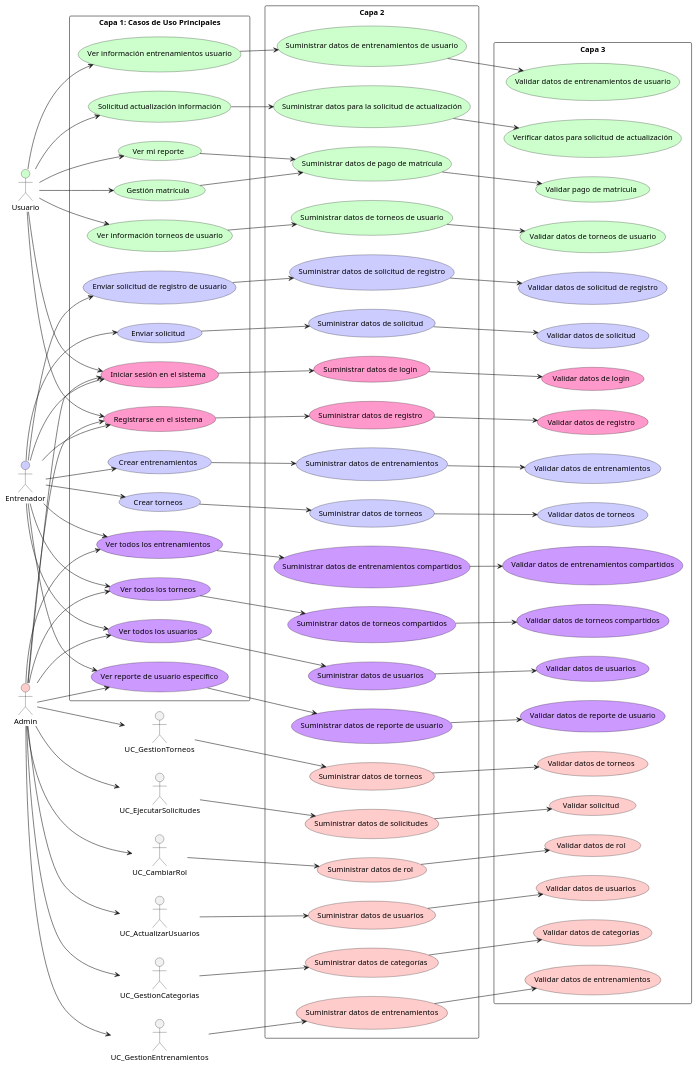
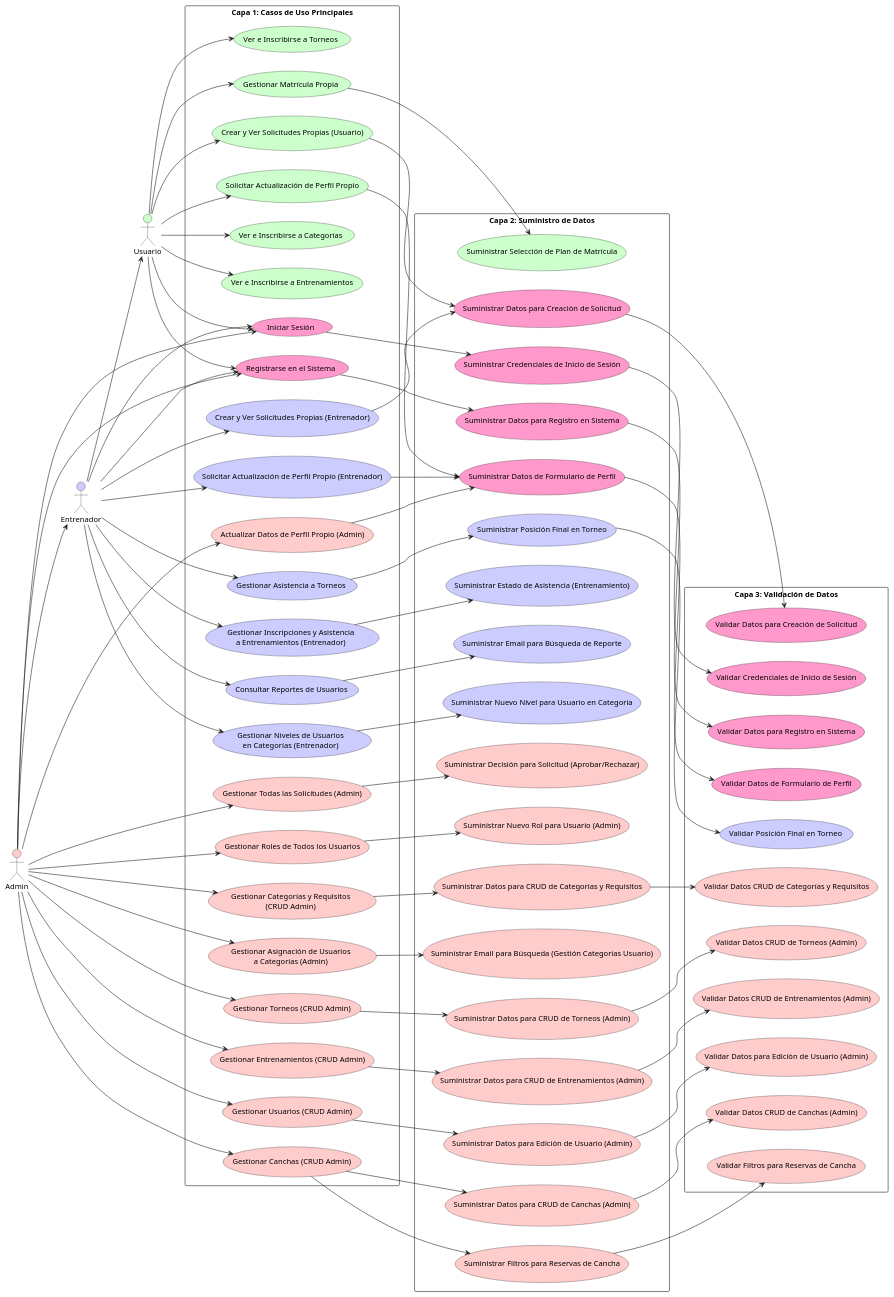
One commit to EstebanForero/uml_diagrams changed the diagram in use_cases.plantuml. Above: the diagram before and after it, drawn with PlantUML. The commit also changed 117 other files, not shown here.

Commit message:
updated diagrams

```diff
--- a/use_cases.plantuml
+++ b/use_cases.plantuml
@@ -1,6 +1,7 @@
 @startuml
 left to right direction
 skinparam packageStyle rectangle
+skinparam defaultTextAlignment center
 
 ' Actors
 actor "Usuario" as actorUsuario #CCFFCC
@@ -10,195 +11,181 @@
 ' Capa 1: Casos de Uso Principales
 package "Capa 1: Casos de Uso Principales" as capa1 {
 
-  ' Usuario-specific use cases (green)
-  usecase "Ver mi reporte" as UC_VerMiReporte #CCFFCC
-  usecase "Gestión matrícula" as UC_GestionMatricula #CCFFCC
-  usecase "Ver información torneos de usuario" as UC_VerInfoTorneosUsuario #CCFFCC
-  usecase "Ver información entrenamientos usuario" as UC_VerInfoEntrenamientosUsuario #CCFFCC
-  usecase "Solicitud actualización información" as UC_SolicitudActualizarInfo #CCFFCC
+  ' Usuario-specific use cases (green #CCFFCC)
+  usecase "Solicitar Actualización de Perfil Propio" as UC_SolicitarActPerfilUsuario #CCFFCC
+  usecase "Gestionar Matrícula Propia" as UC_GestionarMatriculaUsuario #CCFFCC
+  usecase "Crear y Ver Solicitudes Propias (Usuario)" as UC_GestionarSolicitudesUsuario #CCFFCC
+  usecase "Ver e Inscribirse a Torneos" as UC_VerInscribirseTorneosUsuario #CCFFCC
+  usecase "Ver e Inscribirse a Categorías" as UC_VerInscribirseCategoriasUsuario #CCFFCC
+  usecase "Ver e Inscribirse a Entrenamientos" as UC_VerInscribirseEntrenamientosUsuario #CCFFCC
 
-  ' Entrenador-specific use cases (blue)
-  usecase "Crear entrenamientos" as UC_CrearEntrenamientos #CCCCFF
-  usecase "Crear torneos" as UC_CrearTorneos #CCCCFF
-  usecase "Enviar solicitud de registro de usuario" as UC_SolicitudRegistroUsuario #CCCCFF
-  usecase "Enviar solicitud" as UC_EnviarSolicitud #CCCCFF
+  ' Entrenador-specific use cases (blue #CCCCFF)
+  usecase "Solicitar Actualización de Perfil Propio (Entrenador)" as UC_SolicitarActPerfilEntrenador #CCCCFF
+  usecase "Crear y Ver Solicitudes Propias (Entrenador)" as UC_GestionarSolicitudesEntrenador #CCCCFF
+  usecase "Gestionar Asistencia a Torneos" as UC_GestionarAsistenciaTorneosEntrenador #CCCCFF
+  usecase "Gestionar Inscripciones y Asistencia\na Entrenamientos (Entrenador)" as UC_GestionarAsistenciaEntrenamientosEntrenador #CCCCFF
+  usecase "Consultar Reportes de Usuarios" as UC_ConsultarReportesUsuariosEntrenador #CCCCFF
+  usecase "Gestionar Niveles de Usuarios\nen Categorías (Entrenador)" as UC_GestionarNivelesCategoriasEntrenador #CCCCFF
 
-  ' Shared use cases for all (pink)
-  usecase "Iniciar sesión en el sistema" as UC_Login #FF99CC
-  usecase "Registrarse en el sistema" as UC_Registro #FF99CC
+  ' Admin-specific use cases (red #FFCCCC)
+  usecase "Actualizar Datos de Perfil Propio (Admin)" as UC_ActualizarPerfilAdmin #FFCCCC
+  usecase "Gestionar Todas las Solicitudes (Admin)" as UC_GestionarSolicitudesAdmin #FFCCCC
+  usecase "Gestionar Roles de Todos los Usuarios" as UC_GestionarRolesUsuariosAdmin #FFCCCC
+  usecase "Gestionar Categorías y Requisitos\n(CRUD Admin)" as UC_GestionarCategoriasCRUDAdmin #FFCCCC
+  usecase "Gestionar Asignación de Usuarios\na Categorías (Admin)" as UC_GestionarAsignacionCategoriasAdmin #FFCCCC
+  usecase "Gestionar Torneos (CRUD Admin)" as UC_GestionarTorneosCRUDAdmin #FFCCCC
+  usecase "Gestionar Entrenamientos (CRUD Admin)" as UC_GestionarEntrenamientosCRUDAdmin #FFCCCC
+  usecase "Gestionar Usuarios (CRUD Admin)" as UC_GestionarUsuariosCRUDAdmin #FFCCCC
+  usecase "Gestionar Canchas (CRUD Admin)" as UC_GestionarCanchasCRUDAdmin #FFCCCC
 
-  ' Shared use cases for Admin/Entrenador (light purple)
-  usecase "Ver todos los entrenamientos" as UC_VerTodosEntrenamientos #CC99FF
-  usecase "Ver todos los torneos" as UC_VerTodosTorneos #CC99FF
-  usecase "Ver todos los usuarios" as UC_VerTodosUsuarios #CC99FF
-  usecase "Ver reporte de usuario específico" as UC_VerReporteUsuarioEspecifico #CC99FF
+  ' Shared use cases for all (pink #FF99CC)
+  usecase "Iniciar Sesión" as UC_IniciarSesion #FF99CC
+  usecase "Registrarse en el Sistema" as UC_RegistrarseSistema #FF99CC
 }
 
 ' Capa 2: Suministro de Datos
-package "Capa 2" as capa2 {
+package "Capa 2: Suministro de Datos" as capa2 {
 
-  ' Usuario-specific (green)
-  usecase "Suministrar datos de pago de matrícula" as UC_SuministrarPagoMatricula #CCFFCC
-  usecase "Suministrar datos de torneos de usuario" as UC_SuministrarInfoTorneosUsuario #CCFFCC
-  usecase "Suministrar datos de entrenamientos de usuario" as UC_SuministrarInfoEntrenamientosUsuario #CCFFCC
-  usecase "Suministrar datos para la solicitud de actualización" as UC_SuministrarSolicitudActualizarInfo #CCFFCC
+  ' Usuario (green #CCFFCC)
+  usecase "Suministrar Selección de Plan de Matrícula" as UC_SuministrarPlanMatricula #CCFFCC
 
-  ' Admin-specific (red)
-  usecase "Suministrar datos de torneos" as UC_SuministrarDatosTorneos #FFCCCC
-  usecase "Suministrar datos de solicitudes" as UC_SuministrarSolicitudes #FFCCCC
-  usecase "Suministrar datos de rol" as UC_SuministrarDatosRol #FFCCCC
-  usecase "Suministrar datos de usuarios" as UC_SuministrarDatosUsuarios #FFCCCC
-  usecase "Suministrar datos de categorías" as UC_SuministrarDatosCategorias #FFCCCC
-  usecase "Suministrar datos de entrenamientos" as UC_SuministrarDatosEntrenamientos #FFCCCC
+  ' Entrenador (blue #CCCCFF)
+  usecase "Suministrar Posición Final en Torneo" as UC_SuministrarPosicionTorneo #CCCCFF
+  usecase "Suministrar Estado de Asistencia (Entrenamiento)" as UC_SuministrarEstadoAsistenciaEntrenamiento #CCCCFF
+  usecase "Suministrar Email para Búsqueda de Reporte" as UC_SuministrarEmailReporte #CCCCFF
+  usecase "Suministrar Nuevo Nivel para Usuario en Categoría" as UC_SuministrarNuevoNivelCategoria #CCCCFF
 
-  ' Entrenador-specific (blue)
-  usecase "Suministrar datos de entrenamientos" as UC_SuministrarDatosEntrenamientosEntrenador #CCCCFF
-  usecase "Suministrar datos de torneos" as UC_SuministrarDatosTorneosEntrenador #CCCCFF
-  usecase "Suministrar datos de solicitud de registro" as UC_SuministrarSolicitudRegistroUsuario #CCCCFF
-  usecase "Suministrar datos de solicitud" as UC_SuministrarDatosSolicitud #CCCCFF
+  ' Admin (red #FFCCCC)
+  usecase "Suministrar Decisión para Solicitud (Aprobar/Rechazar)" as UC_SuministrarDecisionSolicitud #FFCCCC
+  usecase "Suministrar Nuevo Rol para Usuario (Admin)" as UC_SuministrarNuevoRolAdmin #FFCCCC
+  usecase "Suministrar Datos para CRUD de Categorías y Requisitos" as UC_SuministrarDatosCategoriasAdmin #FFCCCC
+  usecase "Suministrar Email para Búsqueda (Gestión Categorías Usuario)" as UC_SuministrarEmailGestionCatUsuarioAdmin #FFCCCC
+  usecase "Suministrar Datos para CRUD de Torneos (Admin)" as UC_SuministrarDatosTorneosAdmin #FFCCCC
+  usecase "Suministrar Datos para CRUD de Entrenamientos (Admin)" as UC_SuministrarDatosEntrenamientosAdmin #FFCCCC
+  usecase "Suministrar Datos para Edición de Usuario (Admin)" as UC_SuministrarDatosEdicionUsuarioAdmin #FFCCCC
+  usecase "Suministrar Datos para CRUD de Canchas (Admin)" as UC_SuministrarDatosCanchasAdmin #FFCCCC
+  usecase "Suministrar Filtros para Reservas de Cancha" as UC_SuministrarFiltrosReservasAdmin #FFCCCC
 
-  ' Shared for all (pink)
-  usecase "Suministrar datos de login" as UC_SuministrarLogin #FF99CC
-  usecase "Suministrar datos de registro" as UC_SuministrarRegistro #FF99CC
+  ' Shared for Profile forms & Request creation (pink #FF99CC)
+  usecase "Suministrar Datos de Formulario de Perfil" as UC_SuministrarDatosFormPerfil #FF99CC
+  usecase "Suministrar Datos para Creación de Solicitud" as UC_SuministrarDatosFormSolicitud #FF99CC
 
-  ' Shared for Admin/Entrenador (light purple)
-  usecase "Suministrar datos de entrenamientos compartidos" as UC_SuministrarDatosEntrenamientosShared #CC99FF
-  usecase "Suministrar datos de torneos compartidos" as UC_SuministrarDatosTorneosShared #CC99FF
-  usecase "Suministrar datos de usuarios" as UC_SuministrarDatosUsuariosShared #CC99FF
-  usecase "Suministrar datos de reporte de usuario" as UC_SuministrarReporteUsuario #CC99FF
+  ' Shared for Auth forms (pink #FF99CC)
+  usecase "Suministrar Credenciales de Inicio de Sesión" as UC_SuministrarCredencialesLogin #FF99CC
+  usecase "Suministrar Datos para Registro en Sistema" as UC_SuministrarDatosRegistro #FF99CC
 }
 
-' Capa 3: Validación
-package "Capa 3" as capa3 {
+' Capa 3: Validación de Datos
+package "Capa 3: Validación de Datos" as capa3 {
 
-  ' Usuario-specific (green)
-  usecase "Validar pago de matrícula" as UC_ValidarPagoMatricula #CCFFCC
-  usecase "Validar datos de torneos de usuario" as UC_ValidarInfoTorneosUsuario #CCFFCC
-  usecase "Validar datos de entrenamientos de usuario" as UC_ValidarInfoEntrenamientosUsuario #CCFFCC
-  usecase "Verificar datos para solicitud de actualización" as UC_VerificarSolicitudActualizarInfo #CCFFCC
+  ' Entrenador (blue #CCCCFF)
+  usecase "Validar Posición Final en Torneo" as UC_ValidarPosicionTorneo #CCCCFF
 
-  ' Admin-specific (red)
-  usecase "Validar datos de torneos" as UC_ValidarDatosTorneos #FFCCCC
-  usecase "Validar solicitud" as UC_ValidarSolicitudes #FFCCCC
-  usecase "Validar datos de rol" as UC_ValidarDatosRol #FFCCCC
-  usecase "Validar datos de usuarios" as UC_ValidarDatosUsuarios #FFCCCC
-  usecase "Validar datos de categorías" as UC_ValidarDatosCategorias #FFCCCC
-  usecase "Validar datos de entrenamientos" as UC_ValidarDatosEntrenamientos #FFCCCC
+  ' Admin (red #FFCCCC)
+  usecase "Validar Datos CRUD de Categorías y Requisitos" as UC_ValidarDatosCategoriasAdmin #FFCCCC
+  usecase "Validar Datos CRUD de Torneos (Admin)" as UC_ValidarDatosTorneosAdmin #FFCCCC
+  usecase "Validar Datos CRUD de Entrenamientos (Admin)" as UC_ValidarDatosEntrenamientosAdmin #FFCCCC
+  usecase "Validar Datos para Edición de Usuario (Admin)" as UC_ValidarDatosEdicionUsuarioAdmin #FFCCCC
+  usecase "Validar Datos CRUD de Canchas (Admin)" as UC_ValidarDatosCanchasAdmin #FFCCCC
+  usecase "Validar Filtros para Reservas de Cancha" as UC_ValidarFiltrosReservasAdmin #FFCCCC
 
-  ' Entrenador-specific (blue)
-  usecase "Validar datos de entrenamientos" as UC_ValidarDatosEntrenamientosEntrenador #CCCCFF
-  usecase "Validar datos de torneos" as UC_ValidarDatosTorneosEntrenador #CCCCFF
-  usecase "Validar datos de solicitud de registro" as UC_ValidarSolicitudRegistroUsuario #CCCCFF
-  usecase "Validar datos de solicitud" as UC_ValidarDatosSolicitud #CCCCFF
+  ' Shared for Profile forms & Request creation (pink #FF99CC)
+  usecase "Validar Datos de Formulario de Perfil" as UC_ValidarDatosFormPerfil #FF99CC
+  usecase "Validar Datos para Creación de Solicitud" as UC_ValidarDatosFormSolicitud #FF99CC
 
-  ' Shared for all (pink)
-  usecase "Validar datos de login" as UC_ValidarLogin #FF99CC
-  usecase "Validar datos de registro" as UC_ValidarRegistro #FF99CC
-
-  ' Shared for Admin/Entrenador (light purple)
-  usecase "Validar datos de entrenamientos compartidos" as UC_ValidarDatosEntrenamientosShared #CC99FF
-  usecase "Validar datos de torneos compartidos" as UC_ValidarDatosTorneosShared #CC99FF
-  usecase "Validar datos de usuarios" as UC_ValidarDatosUsuariosShared #CC99FF
-  usecase "Validar datos de reporte de usuario" as UC_ValidarReporteUsuario #CC99FF
+  ' Shared for Auth forms (pink #FF99CC)
+  usecase "Validar Credenciales de Inicio de Sesión" as UC_ValidarCredencialesLogin #FF99CC
+  usecase "Validar Datos para Registro en Sistema" as UC_ValidarDatosRegistro #FF99CC
 }
 
-' Connections from Capa 1 to Capa 2
+' --- Actor Connections to Capa 1 ---
+actorUsuario --> UC_SolicitarActPerfilUsuario
+actorUsuario --> UC_GestionarMatriculaUsuario
+actorUsuario --> UC_GestionarSolicitudesUsuario
+actorUsuario --> UC_VerInscribirseTorneosUsuario
+actorUsuario --> UC_VerInscribirseCategoriasUsuario
+actorUsuario --> UC_VerInscribirseEntrenamientosUsuario
+actorUsuario --> UC_IniciarSesion
+actorUsuario --> UC_RegistrarseSistema
+
+actorEntrenador --> UC_SolicitarActPerfilEntrenador
+actorEntrenador --> UC_GestionarSolicitudesEntrenador
+actorEntrenador --> UC_GestionarAsistenciaTorneosEntrenador
+actorEntrenador --> UC_GestionarAsistenciaEntrenamientosEntrenador
+actorEntrenador --> UC_ConsultarReportesUsuariosEntrenador
+actorEntrenador --> UC_GestionarNivelesCategoriasEntrenador
+actorEntrenador --> UC_IniciarSesion
+actorEntrenador --> UC_RegistrarseSistema
+
+actorAdmin --> UC_ActualizarPerfilAdmin
+actorAdmin --> UC_GestionarSolicitudesAdmin
+actorAdmin --> UC_GestionarRolesUsuariosAdmin
+actorAdmin --> UC_GestionarCategoriasCRUDAdmin
+actorAdmin --> UC_GestionarAsignacionCategoriasAdmin
+actorAdmin --> UC_GestionarTorneosCRUDAdmin
+actorAdmin --> UC_GestionarEntrenamientosCRUDAdmin
+actorAdmin --> UC_GestionarUsuariosCRUDAdmin
+actorAdmin --> UC_GestionarCanchasCRUDAdmin
+actorAdmin --> UC_IniciarSesion
+actorAdmin --> UC_RegistrarseSistema
+
+actorAdmin --> actorEntrenador
+actorEntrenador --> actorUsuario
+
+' --- Connections from Capa 1 to Capa 2 ---
+' Profile related
+UC_SolicitarActPerfilUsuario --> UC_SuministrarDatosFormPerfil
+UC_SolicitarActPerfilEntrenador --> UC_SuministrarDatosFormPerfil
+UC_ActualizarPerfilAdmin --> UC_SuministrarDatosFormPerfil
+
+' Request creation related
+UC_GestionarSolicitudesUsuario --> UC_SuministrarDatosFormSolicitud
+UC_GestionarSolicitudesEntrenador --> UC_SuministrarDatosFormSolicitud
+
 ' Usuario
-UC_VerMiReporte --> UC_SuministrarPagoMatricula
-UC_GestionMatricula --> UC_SuministrarPagoMatricula
-UC_VerInfoTorneosUsuario --> UC_SuministrarInfoTorneosUsuario
-UC_VerInfoEntrenamientosUsuario --> UC_SuministrarInfoEntrenamientosUsuario
-UC_SolicitudActualizarInfo --> UC_SuministrarSolicitudActualizarInfo
+UC_GestionarMatriculaUsuario --> UC_SuministrarPlanMatricula
+
+' Entrenador
+UC_GestionarAsistenciaTorneosEntrenador --> UC_SuministrarPosicionTorneo
+UC_GestionarAsistenciaEntrenamientosEntrenador --> UC_SuministrarEstadoAsistenciaEntrenamiento
+UC_ConsultarReportesUsuariosEntrenador --> UC_SuministrarEmailReporte
+UC_GestionarNivelesCategoriasEntrenador --> UC_SuministrarNuevoNivelCategoria
 
 ' Admin
-UC_GestionTorneos --> UC_SuministrarDatosTorneos
-UC_EjecutarSolicitudes --> UC_SuministrarSolicitudes
-UC_CambiarRol --> UC_SuministrarDatosRol
-UC_ActualizarUsuarios --> UC_SuministrarDatosUsuarios
-UC_GestionCategorias --> UC_SuministrarDatosCategorias
-UC_GestionEntrenamientos --> UC_SuministrarDatosEntrenamientos
+UC_GestionarSolicitudesAdmin --> UC_SuministrarDecisionSolicitud
+UC_GestionarRolesUsuariosAdmin --> UC_SuministrarNuevoRolAdmin
+UC_GestionarCategoriasCRUDAdmin --> UC_SuministrarDatosCategoriasAdmin
+UC_GestionarAsignacionCategoriasAdmin --> UC_SuministrarEmailGestionCatUsuarioAdmin
+UC_GestionarTorneosCRUDAdmin --> UC_SuministrarDatosTorneosAdmin
+UC_GestionarEntrenamientosCRUDAdmin --> UC_SuministrarDatosEntrenamientosAdmin
+UC_GestionarUsuariosCRUDAdmin --> UC_SuministrarDatosEdicionUsuarioAdmin
+UC_GestionarCanchasCRUDAdmin --> UC_SuministrarDatosCanchasAdmin
+UC_GestionarCanchasCRUDAdmin --> UC_SuministrarFiltrosReservasAdmin
+
+' Shared Auth
+UC_IniciarSesion --> UC_SuministrarCredencialesLogin
+UC_RegistrarseSistema --> UC_SuministrarDatosRegistro
+
+' --- Connections from Capa 2 to Capa 3 ---
+' Profile related
+UC_SuministrarDatosFormPerfil --> UC_ValidarDatosFormPerfil
+
+' Request creation related
+UC_SuministrarDatosFormSolicitud --> UC_ValidarDatosFormSolicitud
 
 ' Entrenador
-UC_CrearEntrenamientos --> UC_SuministrarDatosEntrenamientosEntrenador
-UC_CrearTorneos --> UC_SuministrarDatosTorneosEntrenador
-UC_SolicitudRegistroUsuario --> UC_SuministrarSolicitudRegistroUsuario
-UC_EnviarSolicitud --> UC_SuministrarDatosSolicitud
-
-' Shared for all (pink)
-UC_Login --> UC_SuministrarLogin
-UC_Registro --> UC_SuministrarRegistro
-
-' Shared for Admin/Entrenador (light purple)
-UC_VerTodosEntrenamientos --> UC_SuministrarDatosEntrenamientosShared
-UC_VerTodosTorneos --> UC_SuministrarDatosTorneosShared
-UC_VerTodosUsuarios --> UC_SuministrarDatosUsuariosShared
-UC_VerReporteUsuarioEspecifico --> UC_SuministrarReporteUsuario
-
-' Connections from Capa 2 to Capa 3
-' Usuario
-UC_SuministrarPagoMatricula --> UC_ValidarPagoMatricula
-UC_SuministrarInfoTorneosUsuario --> UC_ValidarInfoTorneosUsuario
-UC_SuministrarInfoEntrenamientosUsuario --> UC_ValidarInfoEntrenamientosUsuario
-UC_SuministrarSolicitudActualizarInfo --> UC_VerificarSolicitudActualizarInfo
+UC_SuministrarPosicionTorneo --> UC_ValidarPosicionTorneo
 
 ' Admin
-UC_SuministrarDatosTorneos --> UC_ValidarDatosTorneos
-UC_SuministrarSolicitudes --> UC_ValidarSolicitudes
-UC_SuministrarDatosRol --> UC_ValidarDatosRol
-UC_SuministrarDatosUsuarios --> UC_ValidarDatosUsuarios
-UC_SuministrarDatosCategorias --> UC_ValidarDatosCategorias
-UC_SuministrarDatosEntrenamientos --> UC_ValidarDatosEntrenamientos
+UC_SuministrarDatosCategoriasAdmin --> UC_ValidarDatosCategoriasAdmin
+UC_SuministrarDatosTorneosAdmin --> UC_ValidarDatosTorneosAdmin
+UC_SuministrarDatosEntrenamientosAdmin --> UC_ValidarDatosEntrenamientosAdmin
+UC_SuministrarDatosEdicionUsuarioAdmin --> UC_ValidarDatosEdicionUsuarioAdmin
+UC_SuministrarDatosCanchasAdmin --> UC_ValidarDatosCanchasAdmin
+UC_SuministrarFiltrosReservasAdmin --> UC_ValidarFiltrosReservasAdmin
 
-' Entrenador
-UC_SuministrarDatosEntrenamientosEntrenador --> UC_ValidarDatosEntrenamientosEntrenador
-UC_SuministrarDatosTorneosEntrenador --> UC_ValidarDatosTorneosEntrenador
-UC_SuministrarSolicitudRegistroUsuario --> UC_ValidarSolicitudRegistroUsuario
-UC_SuministrarDatosSolicitud --> UC_ValidarDatosSolicitud
-
-' Shared for all (pink)
-UC_SuministrarLogin --> UC_ValidarLogin
-UC_SuministrarRegistro --> UC_ValidarRegistro
-
-' Shared for Admin/Entrenador (light purple)
-UC_SuministrarDatosEntrenamientosShared --> UC_ValidarDatosEntrenamientosShared
-UC_SuministrarDatosTorneosShared --> UC_ValidarDatosTorneosShared
-UC_SuministrarDatosUsuariosShared --> UC_ValidarDatosUsuariosShared
-UC_SuministrarReporteUsuario --> UC_ValidarReporteUsuario
-
-' Actor Connections to Capa 1
-' Usuario
-actorUsuario --> UC_VerMiReporte
-actorUsuario --> UC_GestionMatricula
-actorUsuario --> UC_VerInfoTorneosUsuario
-actorUsuario --> UC_VerInfoEntrenamientosUsuario
-actorUsuario --> UC_SolicitudActualizarInfo
-actorUsuario --> UC_Login
-actorUsuario --> UC_Registro
-
-' Admin
-actorAdmin --> UC_GestionTorneos
-actorAdmin --> UC_EjecutarSolicitudes
-actorAdmin --> UC_CambiarRol
-actorAdmin --> UC_ActualizarUsuarios
-actorAdmin --> UC_GestionCategorias
-actorAdmin --> UC_GestionEntrenamientos
-actorAdmin --> UC_Login
-actorAdmin --> UC_Registro
-actorAdmin --> UC_VerTodosEntrenamientos
-actorAdmin --> UC_VerTodosTorneos
-actorAdmin --> UC_VerTodosUsuarios
-actorAdmin --> UC_VerReporteUsuarioEspecifico
-
-' Entrenador
-actorEntrenador --> UC_CrearEntrenamientos
-actorEntrenador --> UC_CrearTorneos
-actorEntrenador --> UC_SolicitudRegistroUsuario
-actorEntrenador --> UC_EnviarSolicitud
-actorEntrenador --> UC_Login
-actorEntrenador --> UC_Registro
-actorEntrenador --> UC_VerTodosEntrenamientos
-actorEntrenador --> UC_VerTodosTorneos
-actorEntrenador --> UC_VerTodosUsuarios
-actorEntrenador --> UC_VerReporteUsuarioEspecifico
+' Shared Auth
+UC_SuministrarCredencialesLogin --> UC_ValidarCredencialesLogin
+UC_SuministrarDatosRegistro --> UC_ValidarDatosRegistro
 
 @enduml
```
